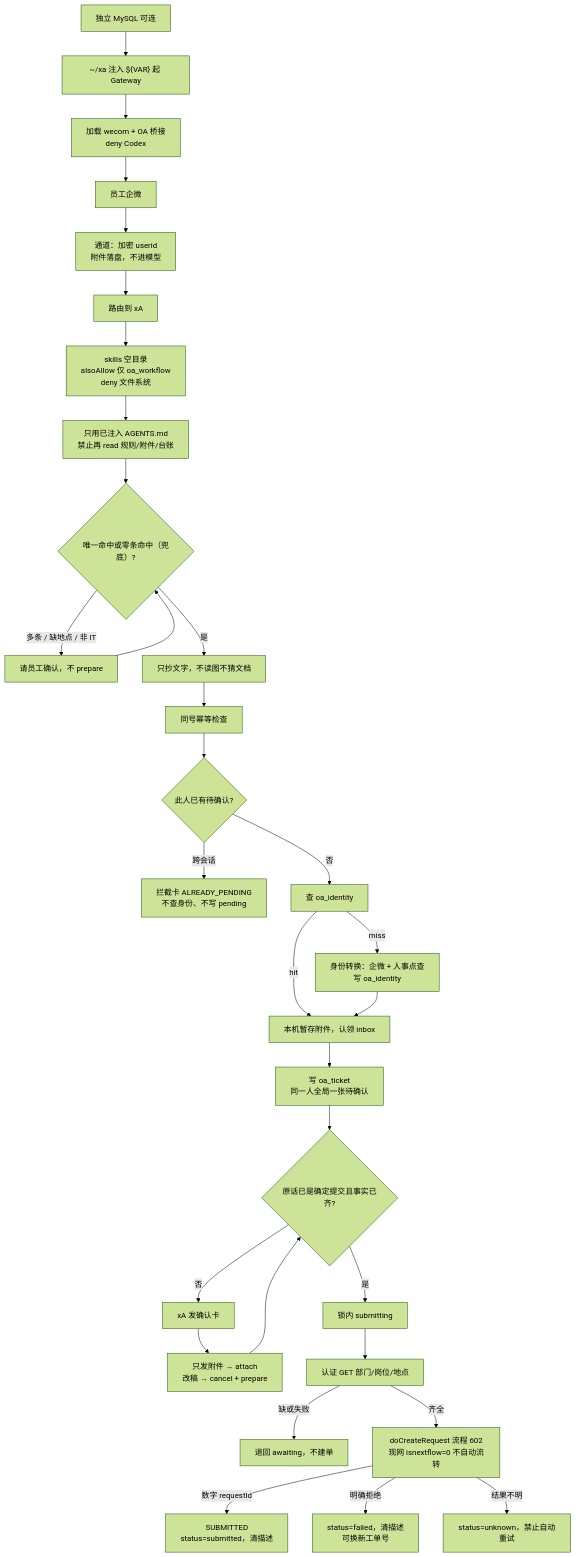
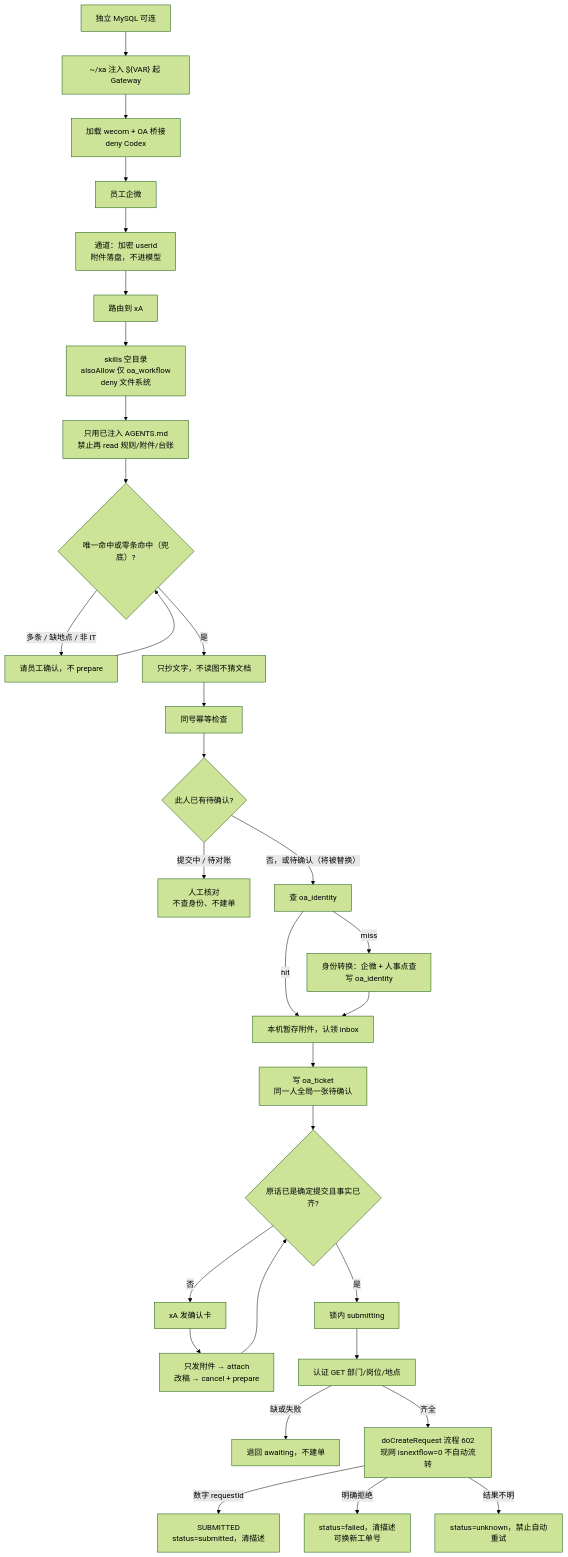
One commit to Createsnow/adt_openclaw changed the second of 2 diagrams in linux/xA 现网加固与演进全景.md. Above: the diagram before and after it, drawn with Mermaid (forest theme). The commit also changed other lines of this file and 20 other files, not shown here.

````diff
--- a/linux/xA 现网加固与演进全景.md
+++ b/linux/xA 现网加固与演进全景.md
@@ -256,33 +257,33 @@
 ```mermaid
 flowchart TD
   D1["独立 MySQL 可连"] --> D2["~/xa 注入 ${VAR} 起 Gateway"]
   D2 --> D3["加载 wecom + OA 桥接<br/>deny Codex"]
   D3 --> E["员工企微"]
   E --> C["通道：加密 userid<br/>附件落盘，不进模型"]
   C --> G1["路由到 xA"]
   G1 --> G2["skills 空目录<br/>alsoAllow 仅 oa_workflow<br/>deny 文件系统"]
   G2 --> G3["只用已注入 AGENTS.md<br/>禁止再 read 规则/附件/台账"]
   G3 --> R{"唯一命中或零条命中（兜底）?"}
   R -->|多条 / 缺地点 / 非 IT| ASK["请员工确认，不 prepare"]
   ASK --> R
   R -->|是| DRAFT["只抄文字，不读图不猜文档"]
   DRAFT --> L["同号幂等检查"]
   L --> PP{"此人已有待确认?"}
-  PP -->|跨会话| BLOCK["拦截卡 ALREADY_PENDING<br/>不查身份、不写 pending"]
-  PP -->|否| ID["查 oa_identity"]
+  PP -->|提交中 / 待对账| BLOCK["人工核对<br/>不查身份、不建单"]
+  PP -->|否，或待确认（将被替换）| ID["查 oa_identity"]
   ID -->|miss| AD["身份转换：企微 + 人事点查<br/>写 oa_identity"]
   ID -->|hit| ST
   AD --> ST["本机暂存附件，认领 inbox"]
   ST --> P["写 oa_ticket<br/>同一人全局一张待确认"]
   P --> Q{"原话已是确定提交且事实已齐?"}
   Q -->|否| CARD["xA 发确认卡"]
   CARD --> ATT["只发附件 → attach<br/>改稿 → cancel + prepare"]
   ATT --> Q
   Q -->|是| LOCK["锁内 submitting"]
   LOCK --> PROF["认证 GET 部门/岗位/地点"]
   PROF -->|缺或失败| BACK["退回 awaiting，不建单"]
   PROF -->|齐全| OA["doCreateRequest 流程 602<br/>现网 isnextflow=0 不自动流转"]
   OA -->|数字 requestId| OK["SUBMITTED<br/>status=submitted，清描述"]
   OA -->|明确拒绝| FAIL["status=failed，清描述<br/>可换新工单号"]
   OA -->|结果不明| UNK["status=unknown，禁止自动重试"]
 ```
````
